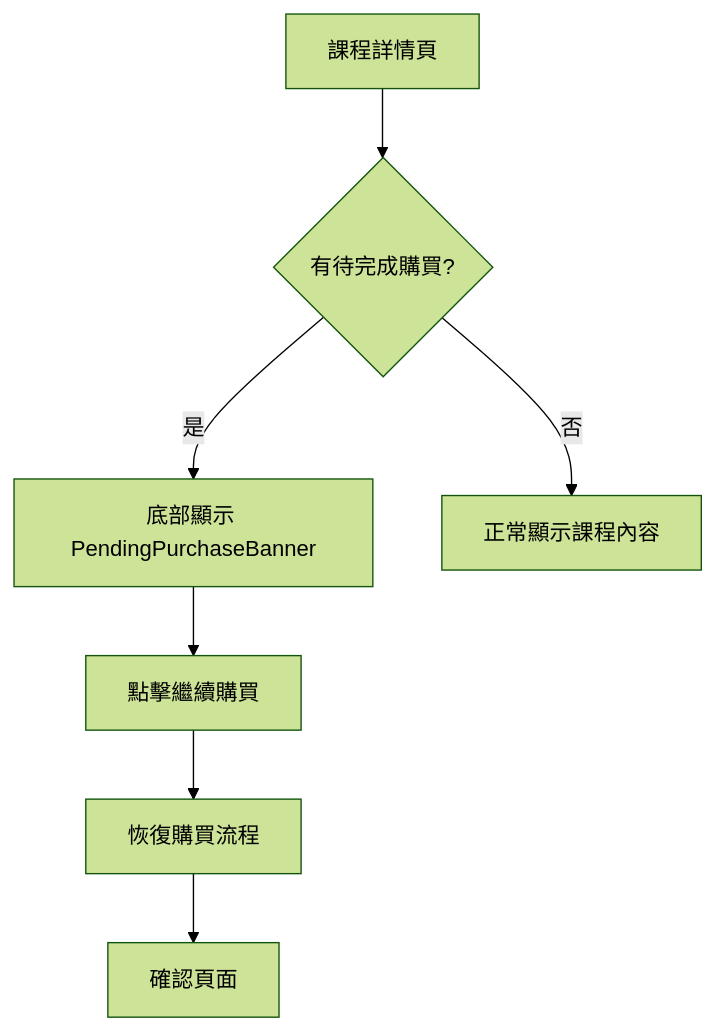
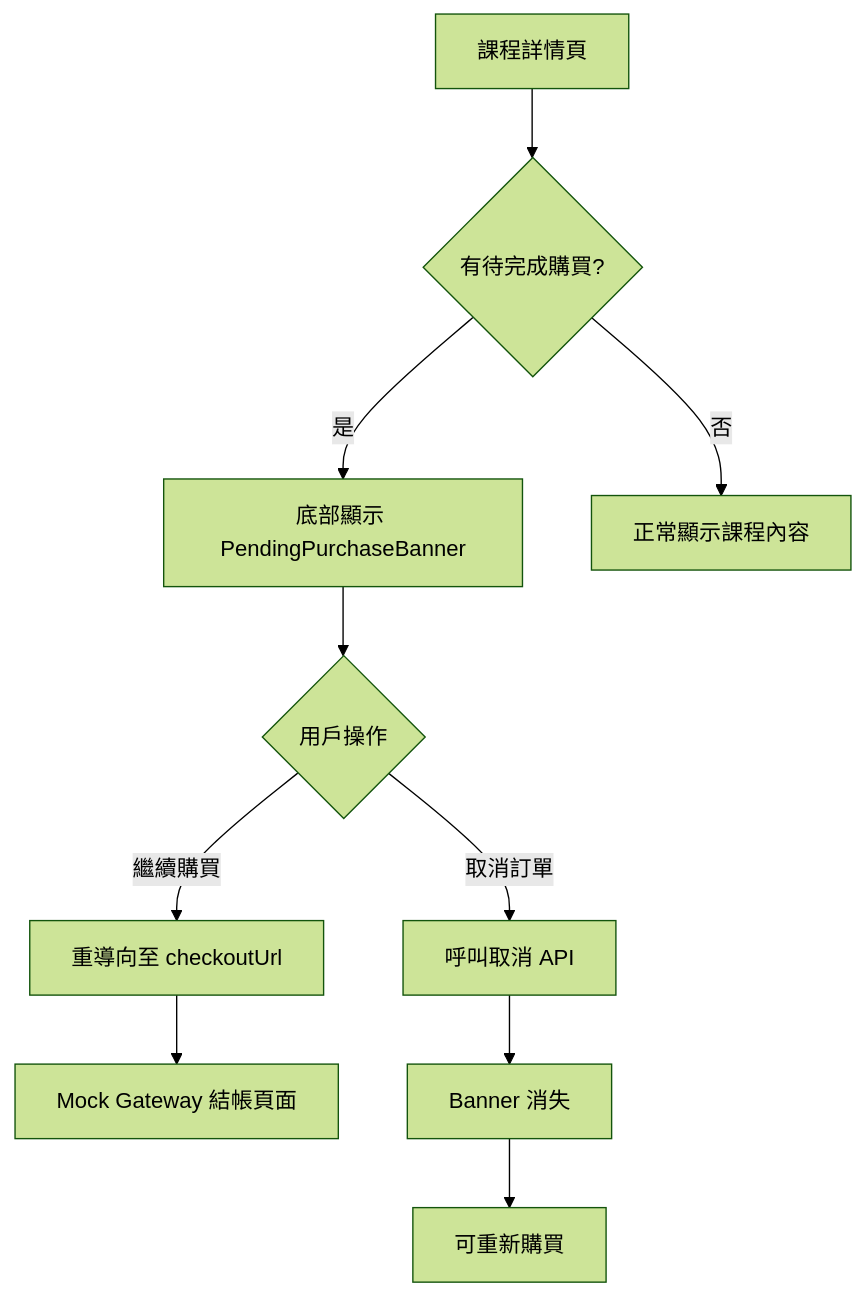
One commit to AdemKao/water-ball-fork changed the second of 3 diagrams in specs/005-purchase-flow/frontend-spec.md. Above: the diagram before and after it, drawn with Mermaid (forest theme). The commit also changed other lines of this file and 3 other files, not shown here.

````diff
--- a/specs/005-purchase-flow/frontend-spec.md
+++ b/specs/005-purchase-flow/frontend-spec.md
@@ -99,10 +117,15 @@
 ```mermaid
 flowchart TD
     A[課程詳情頁] --> B{有待完成購買?}
     B -->|是| C[底部顯示 PendingPurchaseBanner]
-    C --> D[點擊繼續購買]
-    D --> E[恢復購買流程]
-    E --> F[確認頁面]
+    C --> D{用戶操作}
     
-    B -->|否| G[正常顯示課程內容]
+    D -->|繼續購買| E[重導向至 checkoutUrl]
+    E --> F[Mock Gateway 結帳頁面]
+    
+    D -->|取消訂單| G[呼叫取消 API]
+    G --> H[Banner 消失]
+    H --> I[可重新購買]
+    
+    B -->|否| J[正常顯示課程內容]
 ```
````
